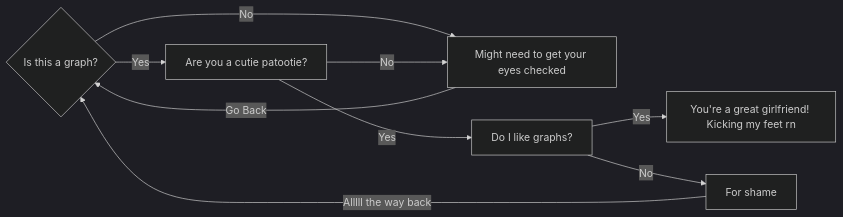
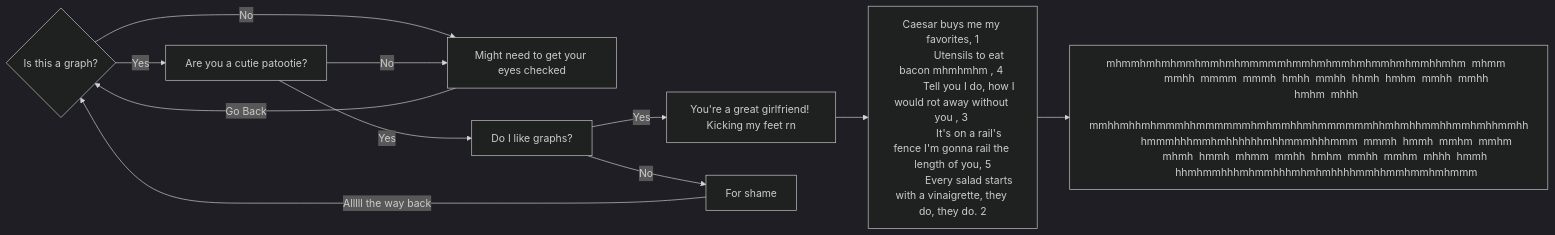
The diagram in README.md (zyoungs18/MorganHeHeHe), drawn with Mermaid (dark theme) before and after one commit.

````diff
--- a/README.md
+++ b/README.md
@@ -5,11 +5,25 @@
 ```mermaid
 graph LR 
     A{Is this a graph?} -- Yes --> B[Are you a cutie patootie?]
     A -- No --> C[Might need to get your eyes checked]
     B -- No --> C
     C -- Go Back --> A
     B -- Yes --> D[Do I like graphs?]
     D -- Yes --> E[You're a great girlfriend! Kicking my feet rn]
     D -- No --> F[For shame]
     F -- Alllll the way back --> A
+    E --> G[Caesar buys me my favorites, 1
+            Utensils to eat bacon mhmhmhm , 4 
+            Tell you I do, how I would rot away without you , 3 
+            It's on a rail's fence I'm gonna rail the length of you, 5
+            Every salad starts with a vinaigrette, they do, they do. 2 
+            ]
+    G --> H[mhmmhmhmhmmhmmhmhmmmmmhmmhmhmmhmhmmhmhmmhhmhm  mhmm  
+            mmhh  mmmm  mmmh  hmhh  mmhh  hhmh  hmhm  mmhh  mmhh
+            hmhm  mhhh
+            mmhhmhhmhmmmhhmmmmmmhmhmmhhmhmmmmmmhhmhmhhmmhhmmhmhhmmhh
+            hmmmhhhmmhmhhhhhhmhhmmmhhhmmm  mmmh  hmmh  mmhm  mmhm
+            mhmh  hmmh  mhmm  mmhh  hmhm  mmhh  mmhm  mhhh  hmmh 
+            hhmhmmhhhmhmmhhhmhmhmhhhhmmhhmmhmmhmhmmm
+            ]
 ``` 
````
